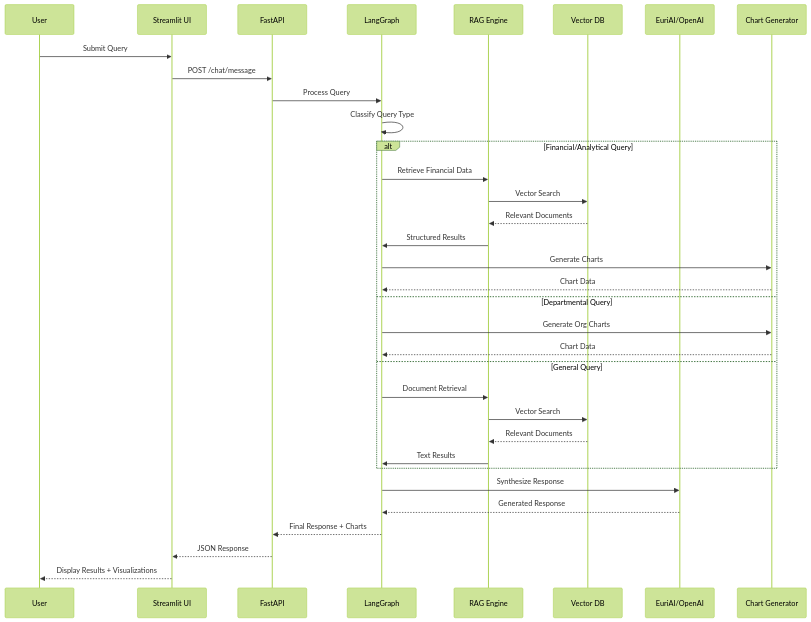
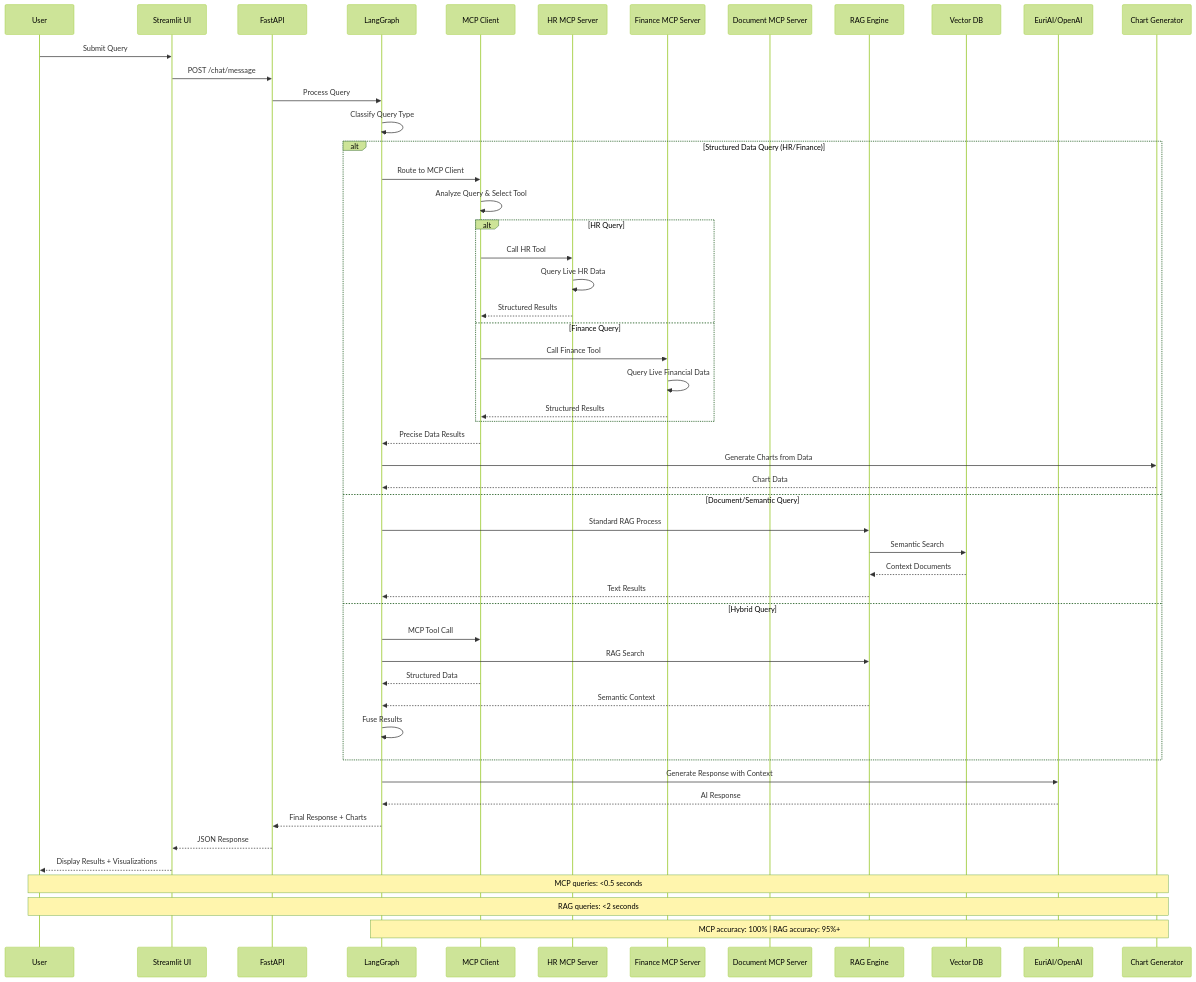
Before and after one commit to erickyegon/finsolve-rag-rbac-assistant: the third of 4 diagrams in README.md, drawn with Mermaid (forest theme). The commit also changed other lines of this file and 28 other files, not shown here.

````diff
--- a/README.md
+++ b/README.md
@@ -456,39 +922,62 @@
 ```mermaid
 sequenceDiagram
     participant U as User
     participant UI as Streamlit UI
     participant API as FastAPI
     participant LG as LangGraph
+    participant MC as MCP Client
+    participant HR as HR MCP Server
+    participant FIN as Finance MCP Server
+    participant DOC as Document MCP Server
     participant RAG as RAG Engine
     participant VDB as Vector DB
     participant LLM as EuriAI/OpenAI
     participant VIZ as Chart Generator
 
     U->>UI: Submit Query
     UI->>API: POST /chat/message
     API->>LG: Process Query
     LG->>LG: Classify Query Type
 
-    alt Financial/Analytical Query
-        LG->>RAG: Retrieve Financial Data
-        RAG->>VDB: Vector Search
-        VDB-->>RAG: Relevant Documents
-        RAG->>LG: Structured Results
-        LG->>VIZ: Generate Charts
+    alt Structured Data Query (HR/Finance)
+        LG->>MC: Route to MCP Client
+        MC->>MC: Analyze Query & Select Tool
+
+        alt HR Query
+            MC->>HR: Call HR Tool
+            HR->>HR: Query Live HR Data
+            HR-->>MC: Structured Results
+        else Finance Query
+            MC->>FIN: Call Finance Tool
+            FIN->>FIN: Query Live Financial Data
+            FIN-->>MC: Structured Results
+        end
+
+        MC-->>LG: Precise Data Results
+        LG->>VIZ: Generate Charts from Data
         VIZ-->>LG: Chart Data
-    else Departmental Query
-        LG->>VIZ: Generate Org Charts
-        VIZ-->>LG: Chart Data
-    else General Query
-        LG->>RAG: Document Retrieval
-        RAG->>VDB: Vector Search
-        VDB-->>RAG: Relevant Documents
-        RAG->>LG: Text Results
+
+    else Document/Semantic Query
+        LG->>RAG: Standard RAG Process
+        RAG->>VDB: Semantic Search
+        VDB-->>RAG: Context Documents
+        RAG-->>LG: Text Results
+
+    else Hybrid Query
+        LG->>MC: MCP Tool Call
+        LG->>RAG: RAG Search
+        MC-->>LG: Structured Data
+        RAG-->>LG: Semantic Context
+        LG->>LG: Fuse Results
     end
 
-    LG->>LLM: Synthesize Response
-    LLM-->>LG: Generated Response
+    LG->>LLM: Generate Response with Context
+    LLM-->>LG: AI Response
     LG-->>API: Final Response + Charts
     API-->>UI: JSON Response
     UI-->>U: Display Results + Visualizations
+
+    Note over U,VIZ: MCP queries: <0.5 seconds
+    Note over U,VIZ: RAG queries: <2 seconds
+    Note over LG,VIZ: MCP accuracy: 100% | RAG accuracy: 95%+
 ```
````
